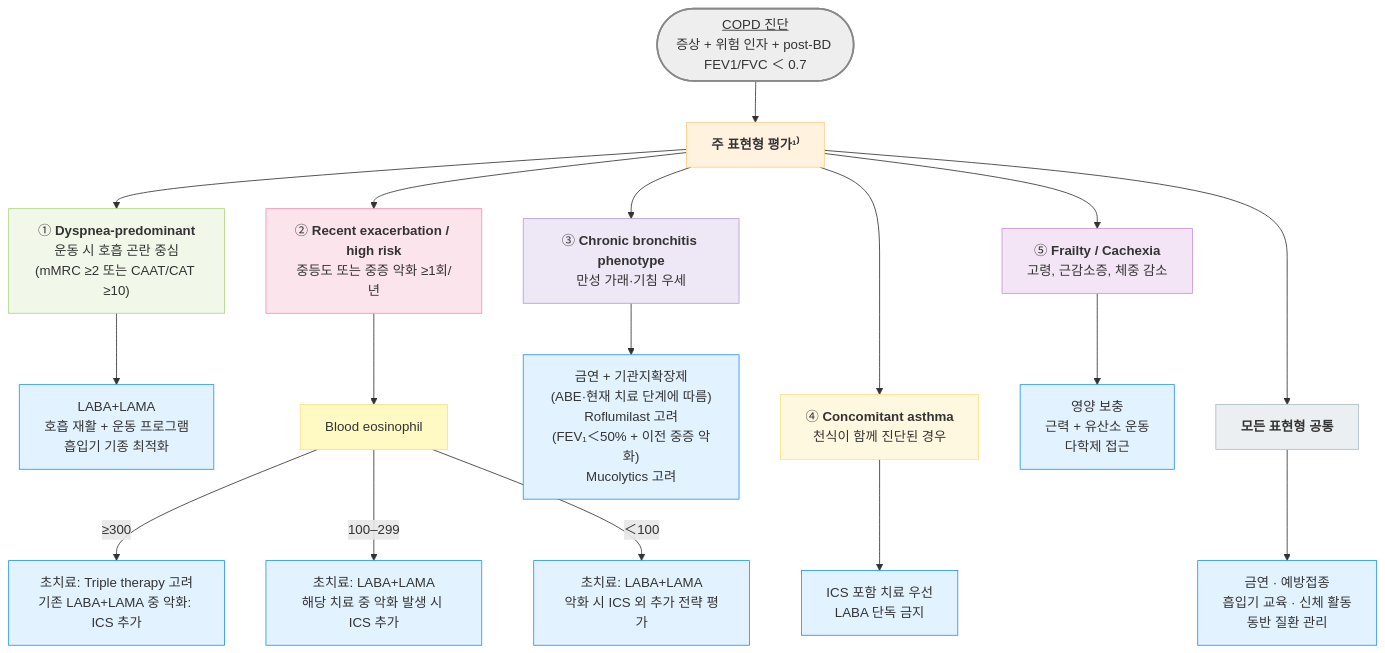
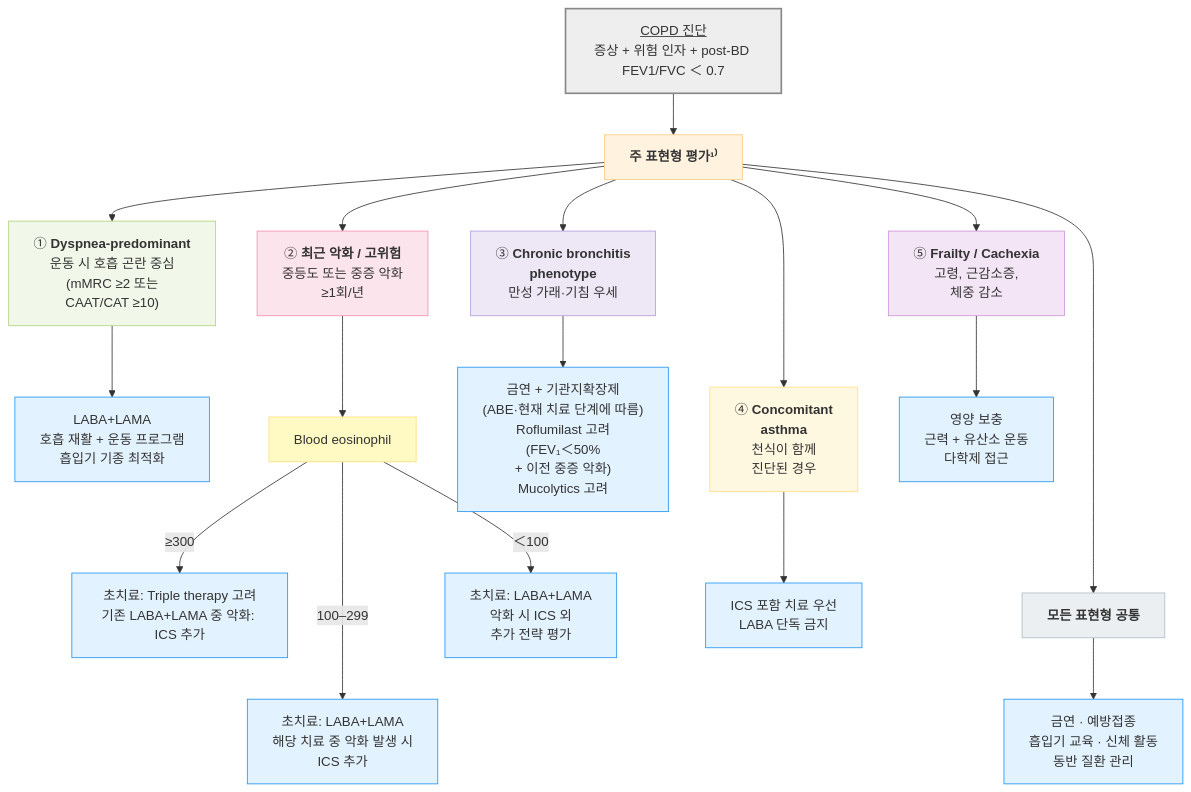
Before and after one commit to familyoh77/familyoh77: the second of 3 diagrams in 223_/072_-copd.md, drawn with Mermaid. The commit also changed other lines of this file, not shown here.

````diff
--- a/223_/072_-copd.md
+++ b/223_/072_-copd.md
@@ -486,39 +512,31 @@
 ```mermaid
 flowchart TD
-    A(["<u>COPD 진단</u><br/>증상 + 위험 인자 + post-BD FEV1/FVC ＜ 0.7"])
-
+    A["<u>COPD 진단</u><br/>증상 + 위험 인자 + post-BD FEV1/FVC ＜ 0.7"]
     A --> B["<b>주 표현형 평가¹⁾</b>"]
-
-    B --> C1["① <b>Dyspnea-predominant</b><br/>운동 시 호흡 곤란 중심<br/>(mMRC ≥2 또는 CAAT/CAT ≥10)"]
+    B --> C1["① <b>Dyspnea-predominant</b><br/>운동 시 호흡 곤란 중심<br/>(mMRC ≥2 또는 <br/>CAAT/CAT ≥10)"]
     C1 --> D1["LABA+LAMA<br/>호흡 재활 + 운동 프로그램<br/>흡입기 기종 최적화"]
-
-    B --> C2["② <b>Recent exacerbation / high risk</b><br/>중등도 또는 중증 악화 ≥1회/년"]
+    B --> C2["② <b>최근 악화 / 고위험</b><br/>중등도 또는 중증 악화 <br/>≥1회/년"]
     C2 --> E2["Blood eosinophil"]
     E2 -->|"≥300"| F2["초치료: Triple therapy 고려<br/>기존 LABA+LAMA 중 악화: ICS 추가"]
-    E2 -->|"100–299"| G2["초치료: LABA+LAMA<br/>해당 치료 중 악화 발생 시 ICS 추가"]
-    E2 -->|"＜100"| H2["초치료: LABA+LAMA<br/>악화 시 ICS 외 추가 전략 평가"]
-
-    B --> C3["③ <b>Chronic bronchitis phenotype</b><br/>만성 가래·기침 우세"]
-    C3 --> D3["금연 + 기관지확장제<br/>(ABE·현재 치료 단계에 따름)<br/>Roflumilast 고려<br/>(FEV₁＜50% + 이전 중증 악화)<br/>Mucolytics 고려"]
-
-    B ---> C4["④ <b>Concomitant asthma</b><br/>천식이 함께 진단된 경우"]
+    E2 --->|"100–299"| G2["초치료: LABA+LAMA<br/>해당 치료 중 악화 발생 시 <br/>ICS 추가"]
+    E2 -->|"＜100"| H2["초치료: LABA+LAMA<br/>악화 시 ICS 외 <br/>추가 전략 평가"]
+    B --> C3["③ <b>Chronic bronchitis <br/>phenotype</b><br/>만성 가래·기침 우세"]
+    C3 --> D3["금연 + 기관지확장제<br/>(ABE·현재 치료 단계에 따름)<br/>Roflumilast 고려<br/>(FEV₁＜50% <br/>+ 이전 중증 악화)<br/>Mucolytics 고려"]
+    B ---> C4["④ <b>Concomitant <br/>asthma</b><br/>천식이 함께 <br/>진단된 경우"]
     C4 --> D4["ICS 포함 치료 우선<br/>LABA 단독 금지"]
-
-    B --> C5["⑤ <b>Frailty / Cachexia</b><br/>고령, 근감소증, 체중 감소"]
+    B --> C5["⑤ <b>Frailty / Cachexia</b><br/>고령, 근감소증, <br/>체중 감소"]
     C5 --> D5["영양 보충<br/>근력 + 유산소 운동<br/>다학제 접근"]
-
-    B ---> Z["<b>모든 표현형 공통</b>"]
+    B ----> Z["<b>모든 표현형 공통</b>"]
     Z --> Z1["금연 · 예방접종<br/>흡입기 교육 · 신체 활동<br/>동반 질환 관리"]
-
    classDef sky fill:#e3f2ff,stroke:#2196f3
    class D1,F2,D3,D4,D5,G2,H2,Z1 sky
 style A fill:#eeeeee,stroke:#888888,stroke-width:2px
     style B fill:#fff3e0,stroke:#ffcc80
     style C1 fill:#f1f8e9,stroke:#aed581
     style C2 fill:#fce4ec,stroke:#f48fb1
     style C3 fill:#ede7f6,stroke:#b39ddb
     style C4 fill:#fff8e1,stroke:#ffe082
     style C5 fill:#f3e5f5,stroke:#ce93d8
     style E2 fill:#fff9c4,stroke:#ffe082
     style Z fill:#eceff1,stroke:#b0bec5
 ```
````
